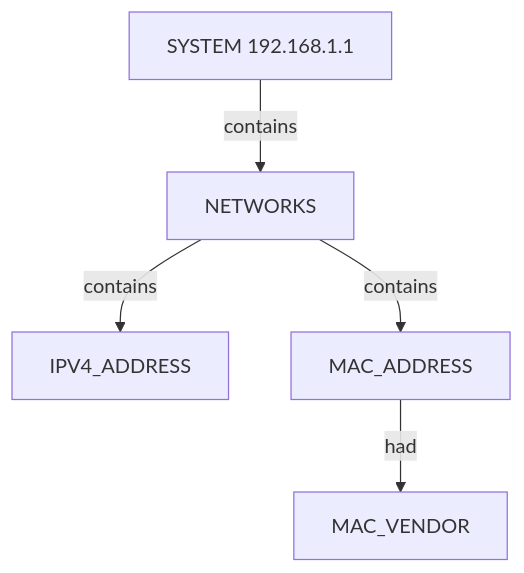
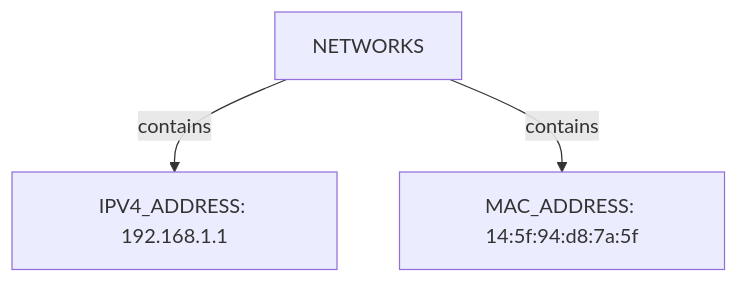
Before and after one commit to brettforbes/spiderfeet: the third of 3 diagrams in .docs/docs-for-cli-tools/nugget_structure/netdiscover_local_subnet_fast_parsable_proposed_nuggets_edges_description.md, drawn with Mermaid. The commit also changed other lines of this file and 31 other files, not shown here.

````diff
--- a/.docs/docs-for-cli-tools/nugget_structure/netdiscover_local_subnet_fast_parsable_proposed_nuggets_edges_description.md
+++ b/.docs/docs-for-cli-tools/nugget_structure/netdiscover_local_subnet_fast_parsable_proposed_nuggets_edges_description.md
@@ -37,12 +55,8 @@
 ```mermaid
 flowchart TD
-  system["SYSTEM 192.168.1.1"]
-  nets["NETWORKS"]
-  system -->|contains| nets
-  ip["IPV4_ADDRESS"]
-  nets -->|contains| ip
-  mac["MAC_ADDRESS"]
-  nets -->|contains| mac
-  vendor["MAC_VENDOR"]
-  mac -->|had| vendor
+  networks_1["NETWORKS"]
+  ipv4_address_2["IPV4_ADDRESS: 192.168.1.1"]
+  networks_1 -->|contains| ipv4_address_2
+  mac_address_3["MAC_ADDRESS: 14:5f:94:d8:7a:5f"]
+  networks_1 -->|contains| mac_address_3
 ```
````
